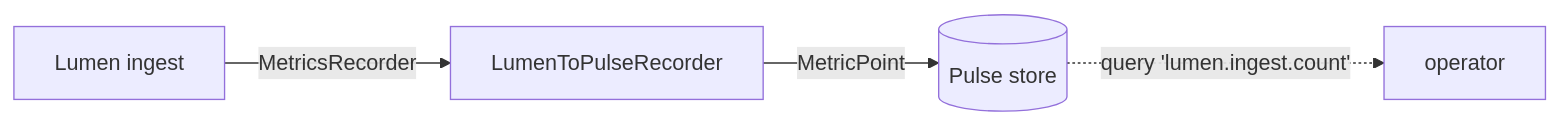
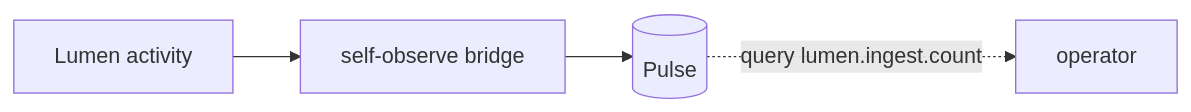
Before and after one commit to andrealaforgia/kaleidoscope-site: the first of 2 diagrams in src/content/docs/operating/self-observability.md, drawn with Mermaid. The commit also changed other lines of this file and 23 other files, not shown here.

````diff
--- a/src/content/docs/operating/self-observability.md
+++ b/src/content/docs/operating/self-observability.md
@@ -25,6 +19,6 @@
 ```mermaid
 flowchart LR
-    L[Lumen ingest] -->|MetricsRecorder| B[LumenToPulseRecorder]
-    B -->|MetricPoint| P[(Pulse store)]
-    P -.->|query 'lumen.ingest.count'| Op[operator]
+    L[Lumen activity] --> B[self-observe bridge]
+    B --> P[(Pulse)]
+    P -.->|query lumen.ingest.count| Op[operator]
 ```
````
